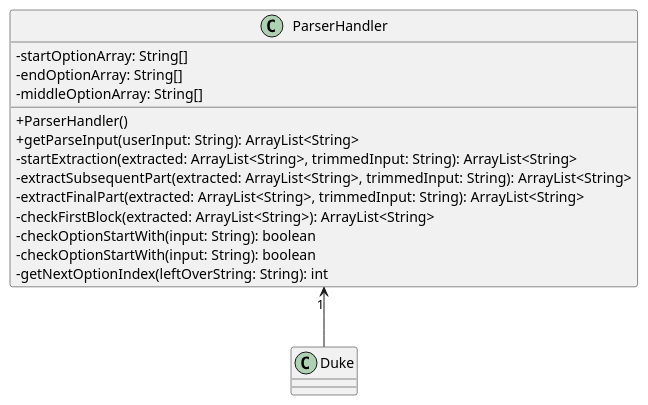
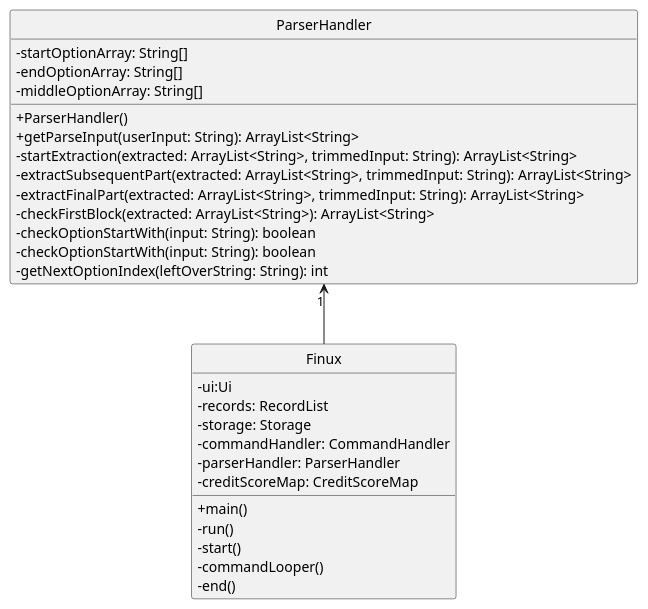
Before and after one commit to nus-cs2113-AY2021S2/tp: the diagram in docs/diagrams/ParserHandlerClassDiagram.puml, drawn with PlantUML. The commit also changed 2 other files, not shown here.

Commit message:
Update Parser and ViewCommand Diagram
Minor fix on UG grammartical error

```diff
--- a/docs/diagrams/ParserHandlerClassDiagram.puml
+++ b/docs/diagrams/ParserHandlerClassDiagram.puml
@@ -1,26 +1,39 @@
 @startuml
 'https://plantuml.com/sequence-diagram
+hide circle
 skinparam classAttributeIconSize 0
+skinparam monochrome false
 
 class ParserHandler {
     -startOptionArray: String[]
     -endOptionArray: String[]
     -middleOptionArray: String[]
     +ParserHandler()
     +getParseInput(userInput: String): ArrayList<String>
     -startExtraction(extracted: ArrayList<String>, trimmedInput: String): ArrayList<String>
     -extractSubsequentPart(extracted: ArrayList<String>, trimmedInput: String): ArrayList<String>
     -extractFinalPart(extracted: ArrayList<String>, trimmedInput: String): ArrayList<String>
     -checkFirstBlock(extracted: ArrayList<String>): ArrayList<String>
     -checkOptionStartWith(input: String): boolean
     -checkOptionStartWith(input: String): boolean
     -getNextOptionIndex(leftOverString: String): int
 }
 
-class Duke {
+class Finux {
+    -ui:Ui
+    -records: RecordList
+    -storage: Storage
+    -commandHandler: CommandHandler
+    -parserHandler: ParserHandler
+    -creditScoreMap: CreditScoreMap
 
+    +main()
+    -run()
+    -start()
+    -commandLooper()
+    -end()
 }
 
-ParserHandler"1" <-- Duke
+ParserHandler"1" <-- Finux
 
 @enduml
```
